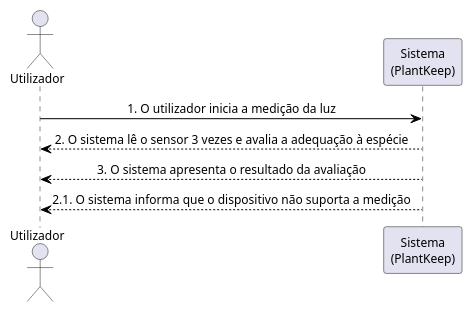
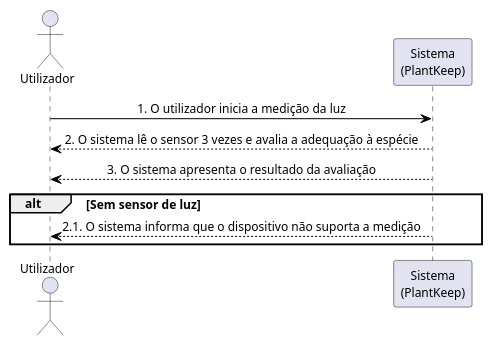
One commit to compaqle/DSSMV_ProjectDroid_1251486_1251506 changed the diagram in .docs/diagramas/SSDs/uc08.puml. Above: the diagram before and after it, drawn with PlantUML. The commit also changed 9 other files, not shown here.

```diff
--- a/.docs/diagramas/SSDs/uc08.puml
+++ b/.docs/diagramas/SSDs/uc08.puml
@@ -1,12 +1,14 @@
 @startuml
 skinparam defaultFontSize 12
 skinparam sequenceMessageAlign center
 skinparam ArrowColor #000000
 skinparam sequenceArrowColor #000000
 actor "Utilizador" as u
 participant "Sistema\n(PlantKeep)" as s
 u -> s : 1. O utilizador inicia a medição da luz
 s --> u : 2. O sistema lê o sensor 3 vezes e avalia a adequação à espécie
 s --> u : 3. O sistema apresenta o resultado da avaliação
-s --> u : 2.1. O sistema informa que o dispositivo não suporta a medição
+alt Sem sensor de luz
+    s --> u : 2.1. O sistema informa que o dispositivo não suporta a medição
+end
 @enduml
```
